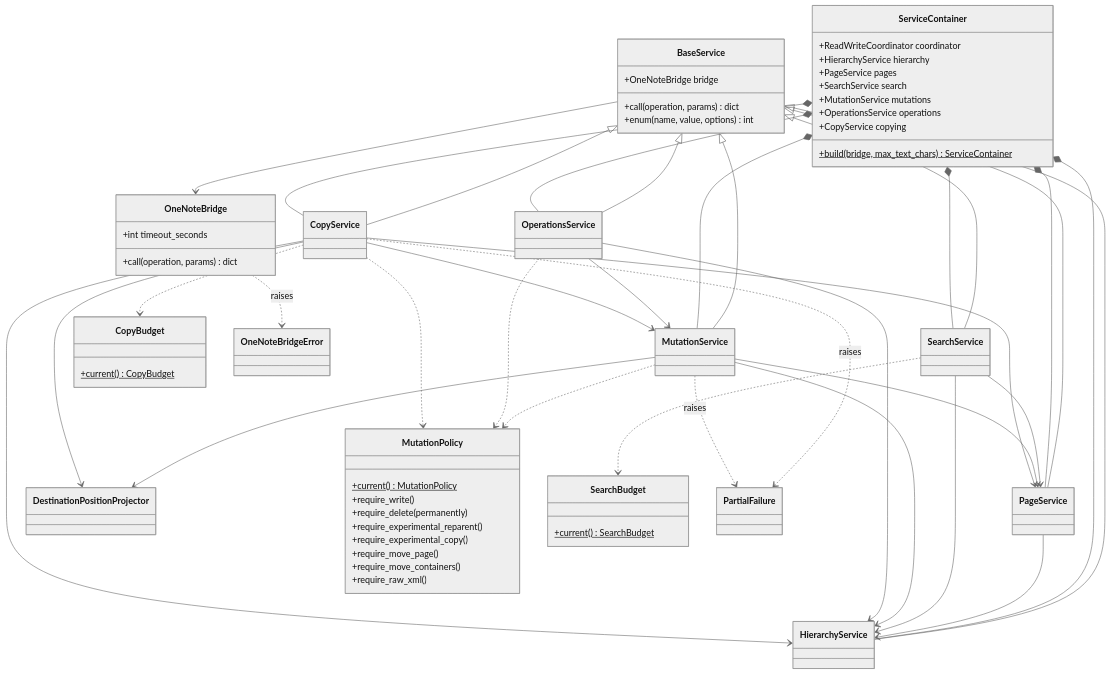
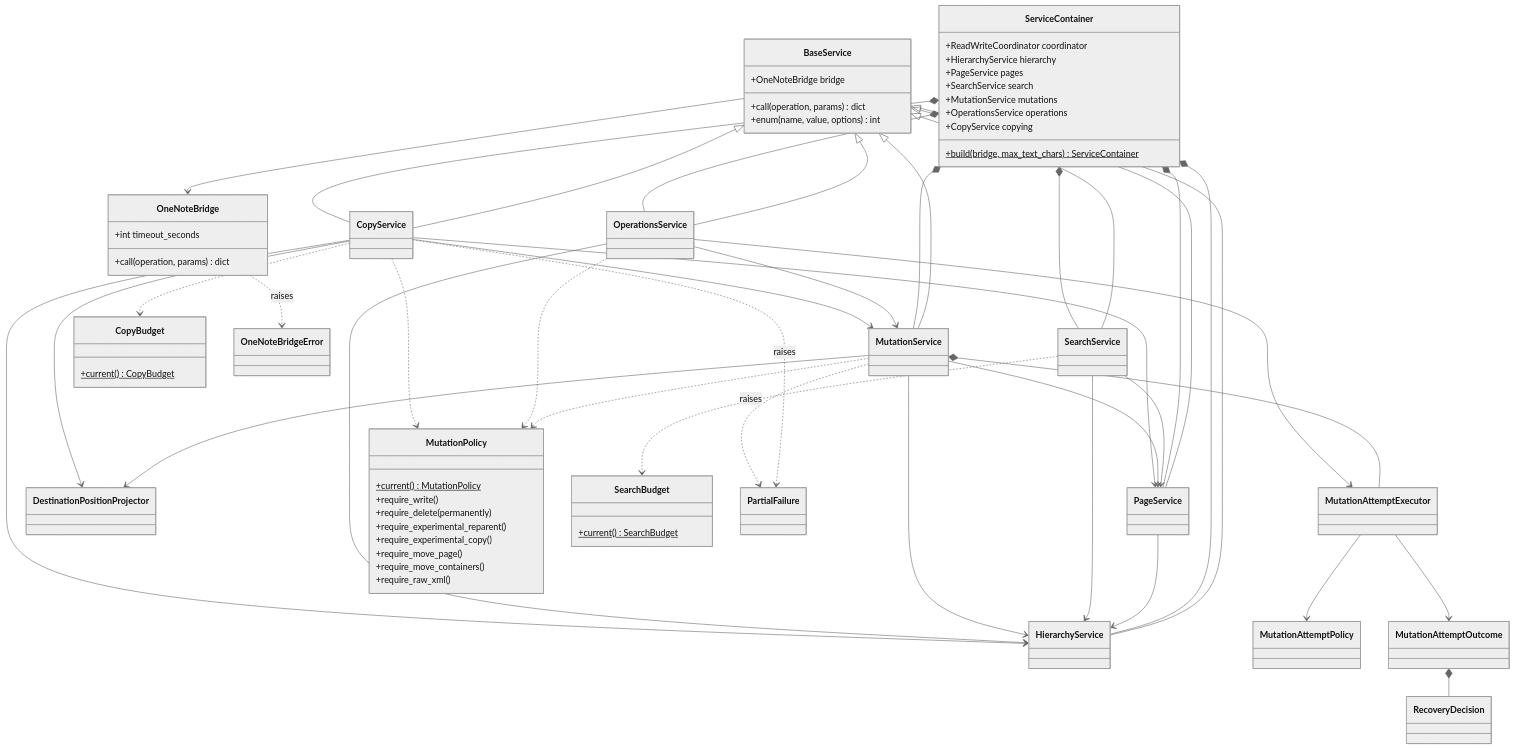
Before and after one commit to Kaomsos/onenote-com-mcp: the second of 6 diagrams in docs/design/architecture.md, drawn with Mermaid (neutral theme). The commit also changed other lines of this file and 18 other files, not shown here.

Commit message:
feat: add bounded mutation attempt control

```diff
--- a/docs/design/architecture.md
+++ b/docs/design/architecture.md
@@ -121,6 +122,10 @@
     class OperationsService
     class CopyService
     class DestinationPositionProjector
+    class MutationAttemptExecutor
+    class MutationAttemptPolicy
+    class MutationAttemptOutcome
+    class RecoveryDecision
     class OneNoteBridge {
         +int timeout_seconds
         +call(operation, params) dict
@@ -151,6 +156,11 @@
     BaseService <|-- OperationsService
     BaseService <|-- CopyService
     MutationService --> DestinationPositionProjector
+    MutationService *-- MutationAttemptExecutor
+    OperationsService --> MutationAttemptExecutor
+    MutationAttemptExecutor --> MutationAttemptPolicy
+    MutationAttemptExecutor --> MutationAttemptOutcome
+    MutationAttemptOutcome *-- RecoveryDecision
     CopyService --> DestinationPositionProjector
     ServiceContainer *-- HierarchyService
     ServiceContainer *-- PageService
```
